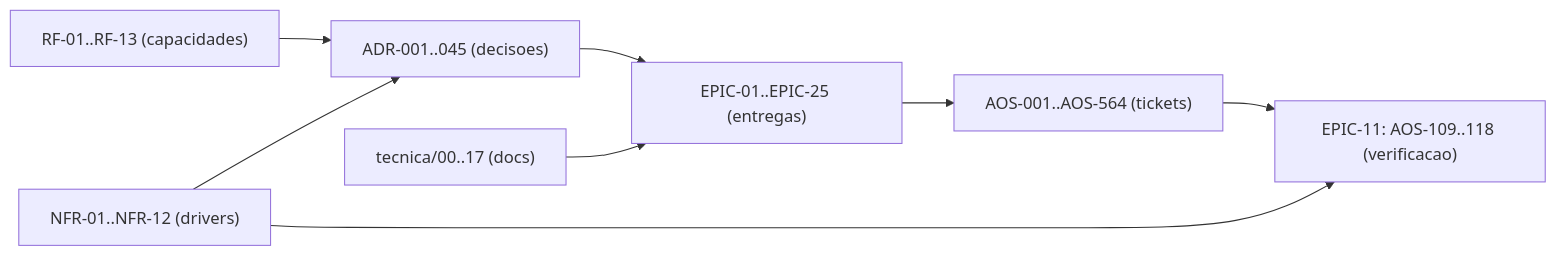
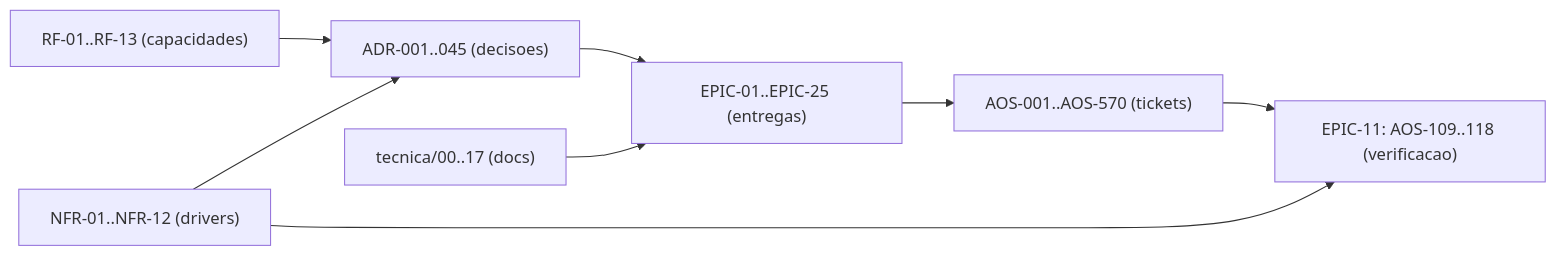
The diagram in tecnica/16_Rastreabilidade_RTM.md (albinoJimy/aos), drawn with Mermaid before and after one commit. The commit also changed other lines of this file and 4 other files, not shown here.

````diff
--- a/tecnica/16_Rastreabilidade_RTM.md
+++ b/tecnica/16_Rastreabilidade_RTM.md
@@ -214,10 +214,10 @@
 ```mermaid
 flowchart LR
     RF["RF-01..RF-13 (capacidades)"] --> ADR["ADR-001..045 (decisoes)"]
     NFR["NFR-01..NFR-12 (drivers)"] --> ADR
     ADR --> EPIC["EPIC-01..EPIC-25 (entregas)"]
-    EPIC --> TICK["AOS-001..AOS-564 (tickets)"]
+    EPIC --> TICK["AOS-001..AOS-570 (tickets)"]
     DOC["tecnica/00..17 (docs)"] --> EPIC
     TICK --> TEST["EPIC-11: AOS-109..118 (verificacao)"]
     NFR --> TEST
 ```
````
